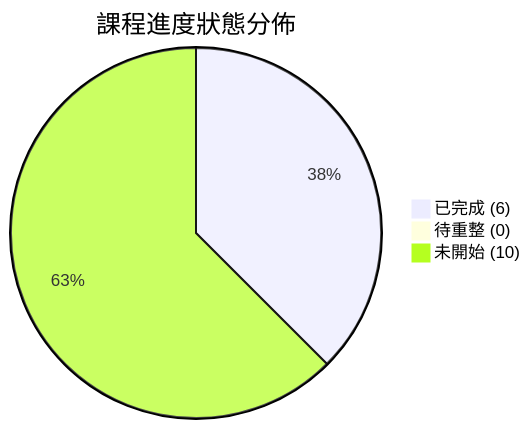
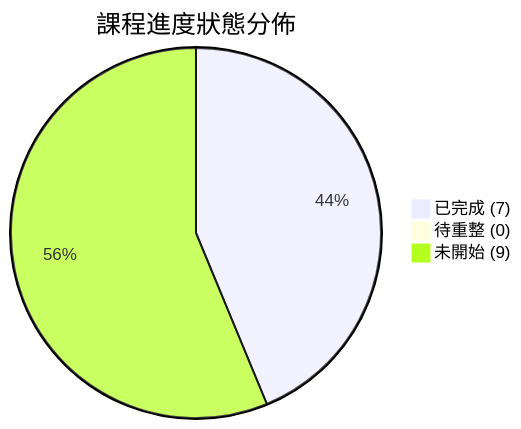
Before and after one commit to Jimlin0428/my-digital-garden: the diagram in src/site/notes/04_主題選修/10_創業與企業財務策略/00_課程導航與進度/progress_📊 課程與筆記進度追蹤.md, drawn with Mermaid. The commit also changed other lines of this file and 58 other files, not shown here.

````diff
--- a/src/site/notes/04_主題選修/10_創業與企業財務策略/00_課程導航與進度/progress_📊 課程與筆記進度追蹤.md
+++ b/src/site/notes/04_主題選修/10_創業與企業財務策略/00_課程導航與進度/progress_📊 課程與筆記進度追蹤.md
@@ -28,6 +28,6 @@
 ```mermaid
 pie title 課程進度狀態分佈
-    "已完成 (6)" : 6
+    "已完成 (7)" : 7
     "待重整 (0)" : 0
-    "未開始 (10)" : 10
+    "未開始 (9)" : 9
 ```
````
